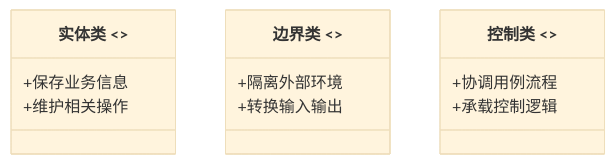
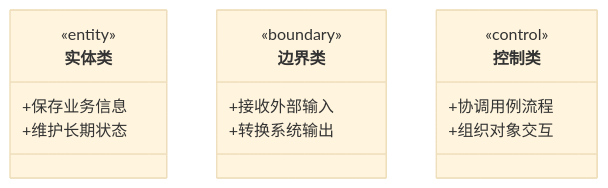
The second of 13 diagrams in src/content/blog/Software-Construction/Chap03.md (crashingby/homepage), drawn with Mermaid (base theme) before and after one commit. The commit also changed other lines of this file and 6 other files, not shown here.

````diff
--- a/src/content/blog/Software-Construction/Chap03.md
+++ b/src/content/blog/Software-Construction/Chap03.md
@@ -118,15 +77,18 @@
 ```mermaid
 classDiagram
-  class Entity["实体类 <<entity>>"] {
+  class 实体类 {
+    <<entity>>
     +保存业务信息
-    +维护相关操作
+    +维护长期状态
   }
-  class Boundary["边界类 <<boundary>>"] {
-    +隔离外部环境
-    +转换输入输出
+  class 边界类 {
+    <<boundary>>
+    +接收外部输入
+    +转换系统输出
   }
-  class Control["控制类 <<control>>"] {
+  class 控制类 {
+    <<control>>
     +协调用例流程
-    +承载控制逻辑
+    +组织对象交互
   }
 ```
````
